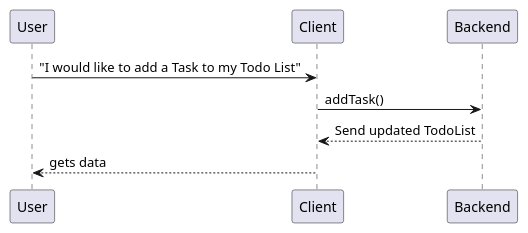
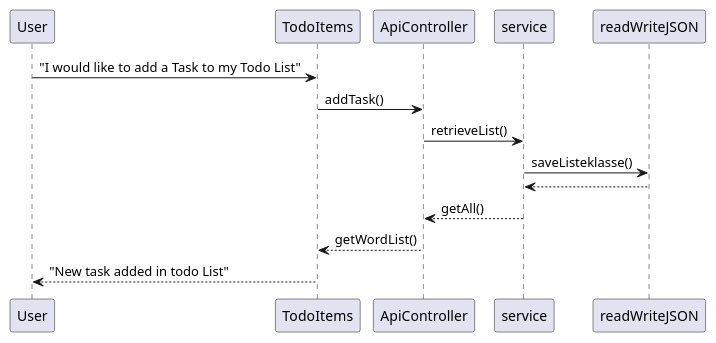
Before and after one commit to olejbl/-IT1901: the diagram in sequence.puml, drawn with PlantUML. The commit also changed 2 other files, not shown here.

Commit message:
update and finish sequence diagram #20

```diff
--- a/sequence.puml
+++ b/sequence.puml
@@ -1,6 +1,10 @@
 @startuml
-User -> Client: "I would like to add a Task to my Todo List"
-Client -> Backend: addTask()
-Backend --> Client: Send updated TodoList
-Client --> User: gets data
+User -> TodoItems: "I would like to add a Task to my Todo List"
+TodoItems -> ApiController: addTask()
+ApiController -> service: retrieveList()
+service -> readWriteJSON: saveListeklasse()
+readWriteJSON --> service: 
+service --> ApiController: getAll()
+ApiController --> TodoItems: getWordList()
+TodoItems --> User: "New task added in todo List"
 @enduml
```
